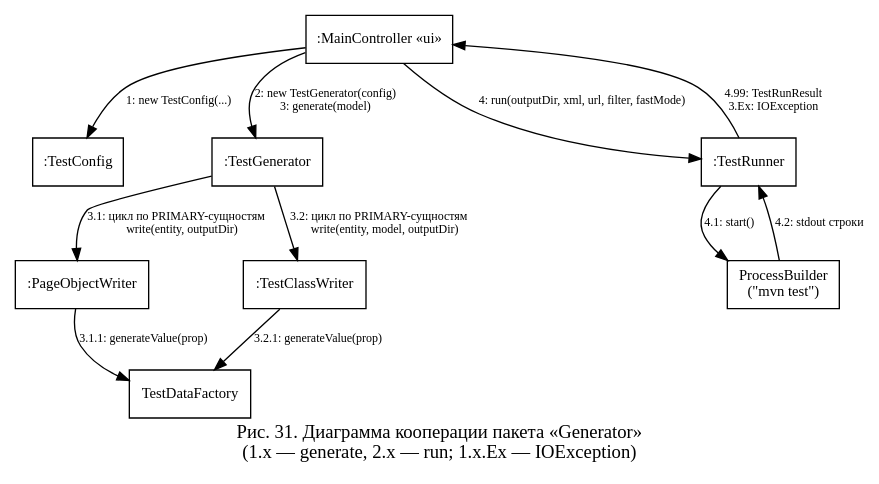
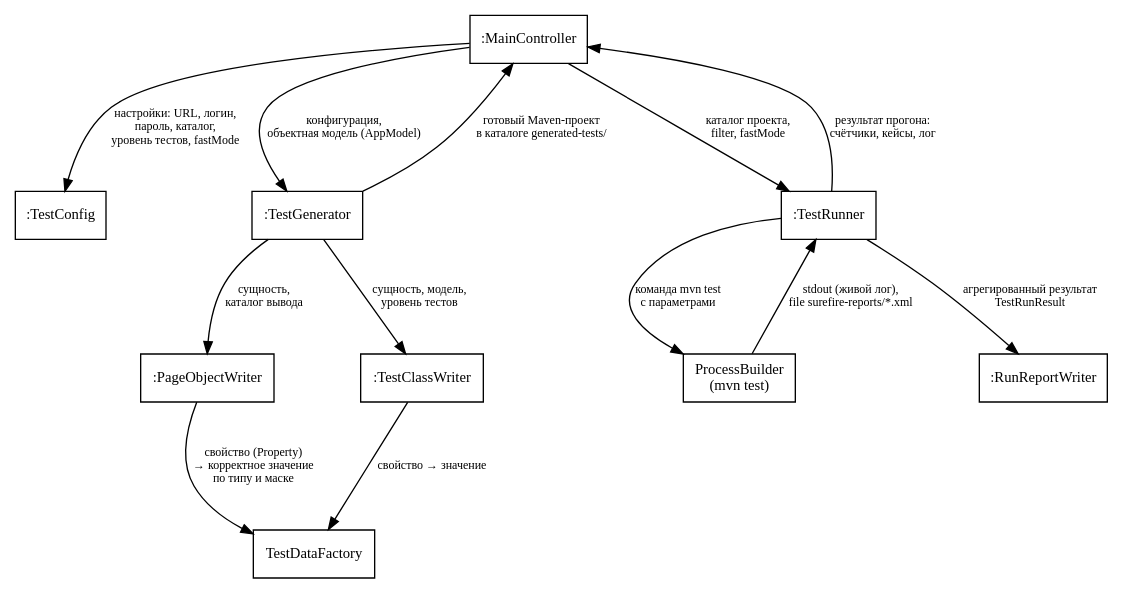
The diagram in diagrams/coop_generator.dot (nastolbov/AutoTestGeneratorUpdate), drawn with Graphviz before and after one commit. The commit also changed 25 other files, not shown here.

```diff
--- a/diagrams/coop_generator.dot
+++ b/diagrams/coop_generator.dot
@@ -1,27 +1,29 @@
 digraph CoopGen {
-    rankdir=TB; fontname="Liberation Serif"; fontsize=14;
-    label="Рис. 31. Диаграмма кооперации пакета «Generator»\n(1.x — generate, 2.x — run; 1.x.Ex — IOException)"; labelloc=b;
-    nodesep=0.8;
+    rankdir=TB; fontname="Liberation Serif";
+    nodesep=0.9; ranksep=0.9;
     node [fontname="Liberation Serif", fontsize=11, shape=box, style=filled, fillcolor=white];
     edge [color=black, fontname="Liberation Serif", fontsize=9, arrowsize=0.9];
 
-    MC   [label=":MainController «ui»"];
+    MC   [label=":MainController"];
     TC   [label=":TestConfig"];
     TG   [label=":TestGenerator"];
     POW  [label=":PageObjectWriter"];
     TCW  [label=":TestClassWriter"];
     TDF  [label="TestDataFactory"];
     TR   [label=":TestRunner"];
-    Mvn  [label="ProcessBuilder\n(\"mvn test\")"];
+    Mvn  [label="ProcessBuilder\n(mvn test)"];
+    RRW  [label=":RunReportWriter"];
 
-    MC -> TC  [label="1: new TestConfig(...)"];
-    MC -> TG  [label="2: new TestGenerator(config)\n3: generate(model)"];
-    TG -> POW [label="3.1: цикл по PRIMARY-сущностям\n     write(entity, outputDir)"];
-    TG -> TCW [label="3.2: цикл по PRIMARY-сущностям\n     write(entity, model, outputDir)"];
-    POW -> TDF [label="3.1.1: generateValue(prop)"];
-    TCW -> TDF [label="3.2.1: generateValue(prop)"];
-    MC -> TR  [label="4: run(outputDir, xml, url, filter, fastMode)"];
-    TR -> Mvn [label="4.1: start()"];
-    Mvn -> TR [label="4.2: stdout строки"];
-    TR -> MC  [label="4.99: TestRunResult\n3.Ex: IOException"];
+    MC -> TC  [label="настройки: URL, логин,\nпароль, каталог,\nуровень тестов, fastMode"];
+    MC -> TG  [label="конфигурация,\nобъектная модель (AppModel)"];
+    TG -> POW [label="сущность,\nкаталог вывода"];
+    TG -> TCW [label="сущность, модель,\nуровень тестов"];
+    POW -> TDF [label="свойство (Property)\n→ корректное значение\nпо типу и маске"];
+    TCW -> TDF [label="свойство → значение"];
+    TG -> MC  [label="готовый Maven-проект\nв каталоге generated-tests/"];
+    MC -> TR  [label="каталог проекта,\nfilter, fastMode"];
+    TR -> Mvn [label="команда mvn test\nс параметрами"];
+    Mvn -> TR [label="stdout (живой лог),\nfile surefire-reports/*.xml"];
+    TR -> RRW [label="агрегированный результат\nTestRunResult"];
+    TR -> MC  [label="результат прогона:\nсчётчики, кейсы, лог"];
 }
```
